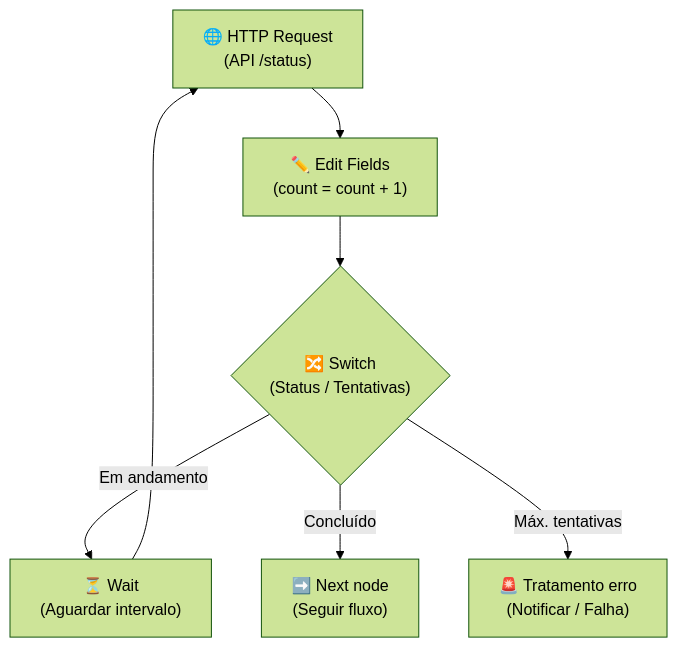
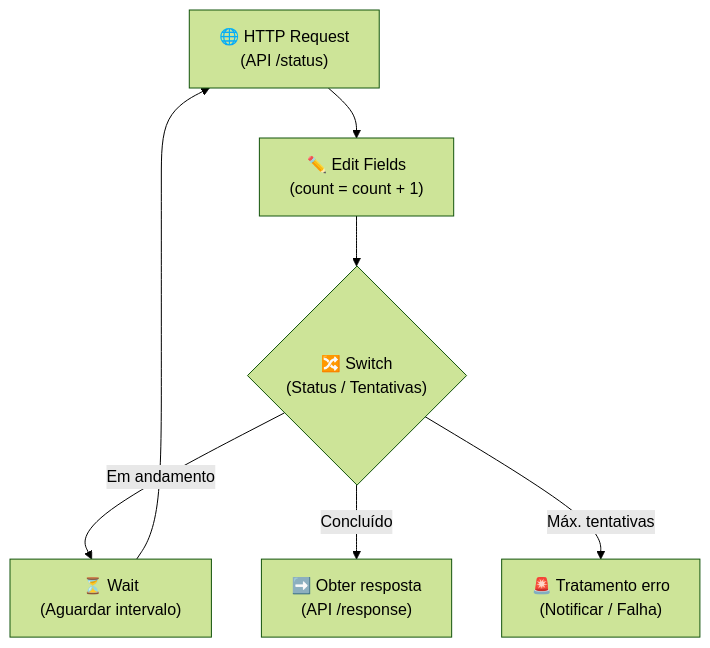
Before and after one commit to jcguimaraesnet/course-intelligent-agents: the first of 2 diagrams in pages/n8n/slide-etapa4.md, drawn with Mermaid (forest theme). The commit also changed other lines of this file, not shown here.

````diff
--- a/pages/n8n/slide-etapa4.md
+++ b/pages/n8n/slide-etapa4.md
@@ -153,9 +153,9 @@
 ```mermaid {theme: 'dark'}
 flowchart TD
     A["🌐 HTTP Request<br/>(API /status)"] --> B["✏️ Edit Fields<br/>(count = count + 1)"]
     B --> C{"🔀 Switch<br/>(Status / Tentativas)"}
     C -- "Em andamento" --> D["⏳ Wait<br/>(Aguardar intervalo)"]
     D --> A
-    C -- "Concluído" --> E["➡️ Next node<br/>(Seguir fluxo)"]
+    C -- "Concluído" --> E["➡️ Obter resposta<br/>(API /response)"]
     C -- "Máx. tentativas" --> F["🚨 Tratamento erro<br/>(Notificar / Falha)"]
 ```
````
